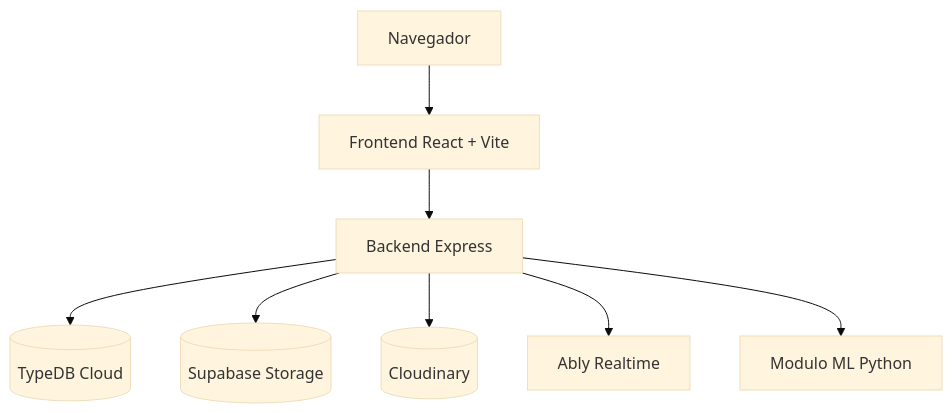
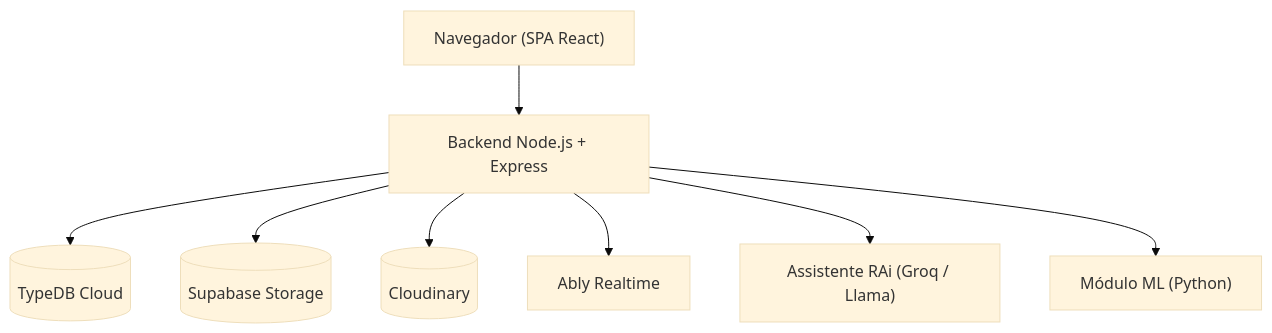
One commit to fsluz/Unigran changed the first of 3 diagrams in README.md. Above: the diagram before and after it, drawn with Mermaid (base theme). The commit also changed other lines of this file and 21 other files, not shown here.

````diff
--- a/README.md
+++ b/README.md
@@ -302,19 +225,19 @@
 ```mermaid
 flowchart TB
-  Browser["Navegador"]
-  React["Frontend React + Vite"]
-  API["Backend Express"]
+  Browser["Navegador (SPA React)"]
+  API["Backend Node.js + Express"]
   TypeDB[("TypeDB Cloud")]
   Supabase[("Supabase Storage")]
   Cloudinary[("Cloudinary")]
   Ably["Ably Realtime"]
-  ML["Modulo ML Python"]
+  RAi["Assistente RAi (Groq / Llama)"]
+  ML["Módulo ML (Python)"]
 
-  Browser --> React
-  React --> API
+  Browser --> API
   API --> TypeDB
   API --> Supabase
   API --> Cloudinary
   API --> Ably
+  API --> RAi
   API --> ML
 ```
````
